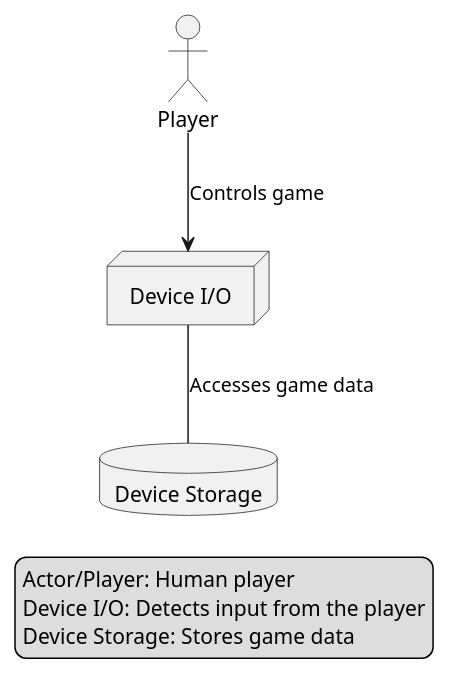
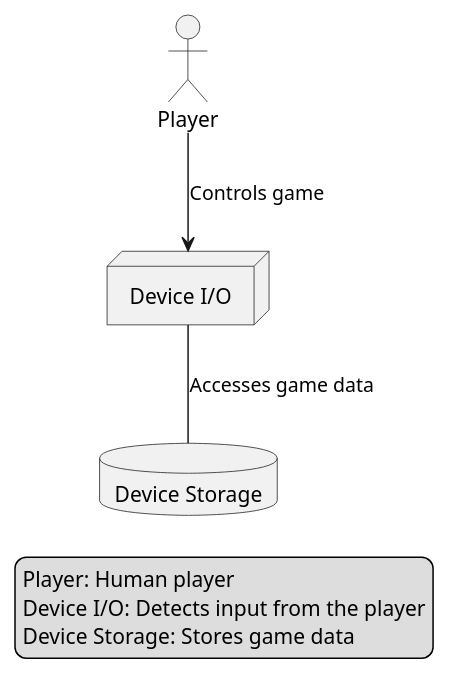
Before and after one commit to evaveli/WorldsAround: the diagram in Diagrams/Deployment.puml, drawn with PlantUML. The commit also changed 15 other files, not shown here.

```diff
--- a/Diagrams/Deployment.puml
+++ b/Diagrams/Deployment.puml
@@ -1,21 +1,21 @@
 @startuml deployment
 
 ' Actors
 actor Player
 
 ' Nodes
 node "Device I/O" as device
 database "Device Storage" as storage
 
 ' Connections
 Player --> device : Controls game
 device -- storage : Accesses game data
 
 ' Legend
 legend right
-    Actor/Player: Human player
+    Player: Human player
     Device I/O: Detects input from the player
     Device Storage: Stores game data
 endlegend
 
 @enduml
```
